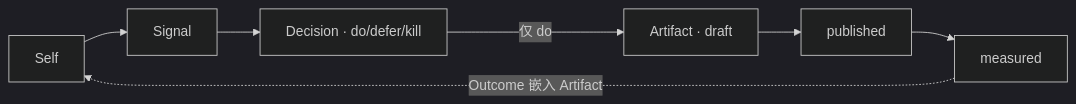
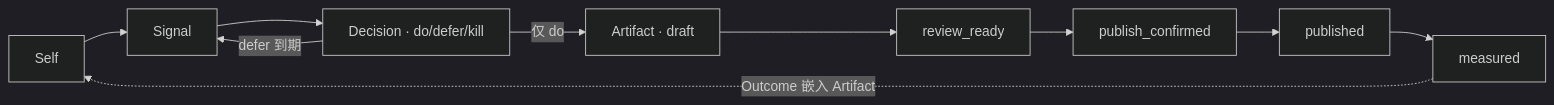
One commit to kobingogo/nextx changed the second of 2 diagrams in docs/product-architecture.md. Above: the diagram before and after it, drawn with Mermaid (dark theme). The commit also changed other lines of this file and 60 other files, not shown here.

````diff
--- a/docs/product-architecture.md
+++ b/docs/product-architecture.md
@@ -61,9 +71,12 @@
 ```mermaid
 flowchart LR
     S["Self"] --> G["Signal"]
     G --> D["Decision · do/defer/kill"]
+    D -->|"defer 到期"| G
     D -->|"仅 do"| A["Artifact · draft"]
-    A --> P["published"]
+    A --> R["review_ready"]
+    R --> C["publish_confirmed"]
+    C --> P["published"]
     P --> M["measured"]
     M -."Outcome 嵌入 Artifact".-> S
 ```
````
